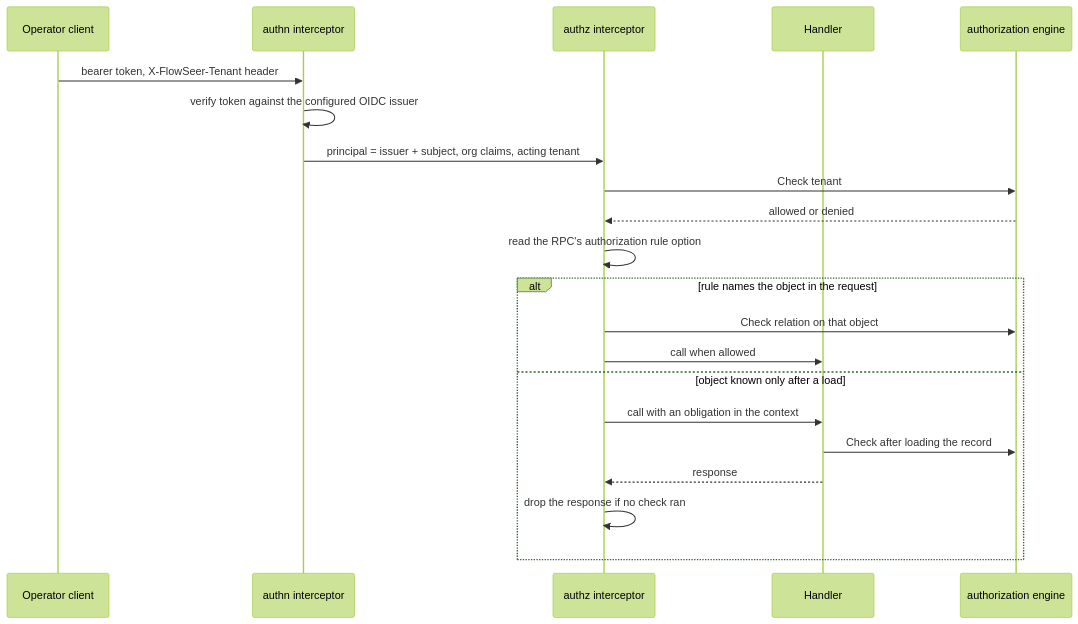
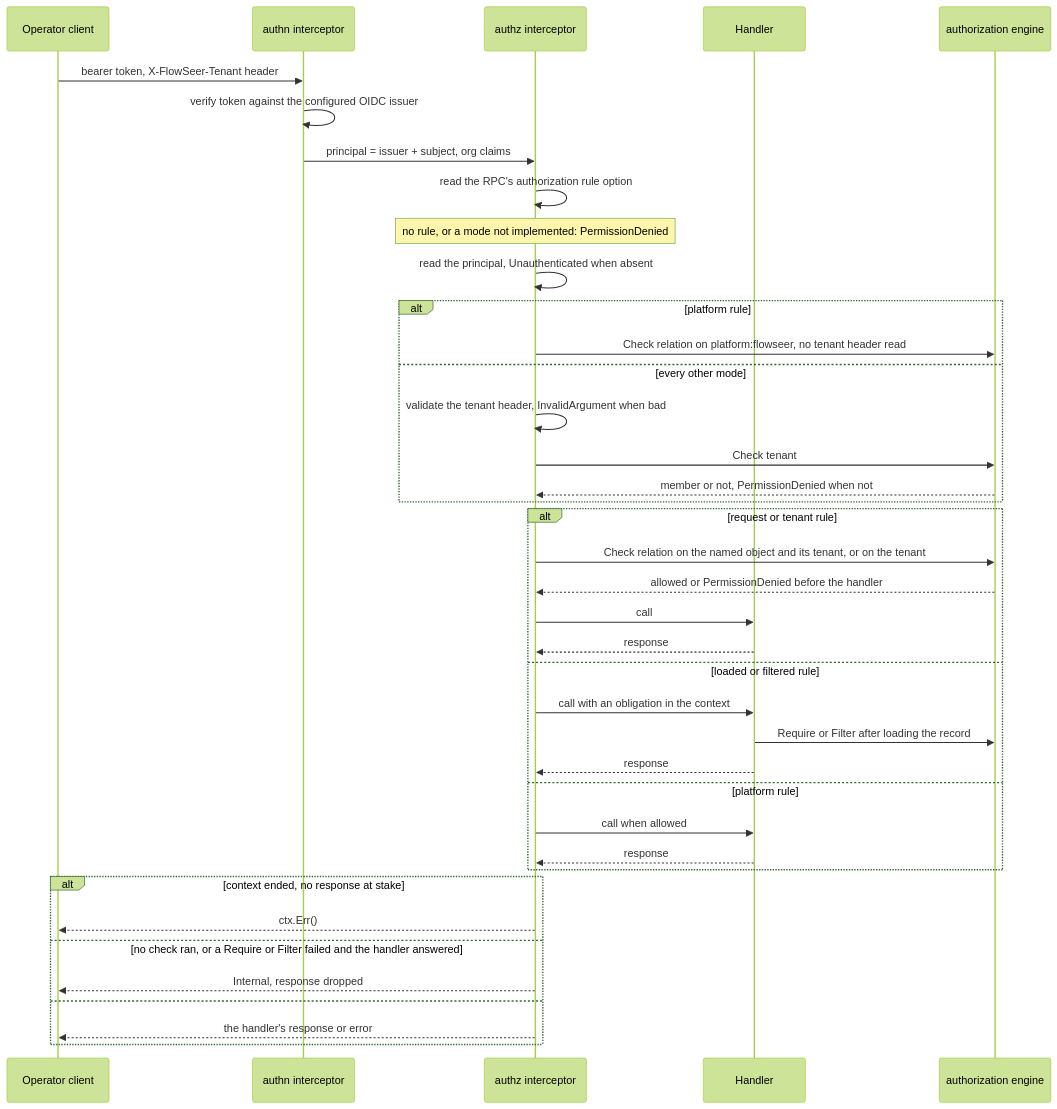
One commit to Aledantee/FlowSeer changed the diagram in docs/architecture/2026-09-30-operator-authorization-direction.md. Above: the diagram before and after it, drawn with Mermaid (forest theme). The commit also changed other lines of this file, not shown here.

First line of the commit message:
docs(architecture): align the authorization record with the interceptor order and drop rule

````diff
--- a/docs/architecture/2026-09-30-operator-authorization-direction.md
+++ b/docs/architecture/2026-09-30-operator-authorization-direction.md
@@ -32,23 +32,41 @@
 ```mermaid
 sequenceDiagram
     participant C as Operator client
     participant A as authn interceptor
     participant Z as authz interceptor
     participant H as Handler
     participant F as authorization engine
     C->>A: bearer token, X-FlowSeer-Tenant header
     A->>A: verify token against the configured OIDC issuer
-    A->>Z: principal = issuer + subject, org claims, acting tenant
-    Z->>F: Check tenant#member with token-derived claim context
-    F-->>Z: allowed or denied
+    A->>Z: principal = issuer + subject, org claims
     Z->>Z: read the RPC's authorization rule option
-    alt rule names the object in the request
-        Z->>F: Check relation on that object
+    Note over Z: no rule, or a mode not implemented: PermissionDenied
+    Z->>Z: read the principal, Unauthenticated when absent
+    alt platform rule
+        Z->>F: Check relation on platform:flowseer, no tenant header read
+    else every other mode
+        Z->>Z: validate the tenant header, InvalidArgument when bad
+        Z->>F: Check tenant#member with token-derived claim context
+        F-->>Z: member or not, PermissionDenied when not
+    end
+    alt request or tenant rule
+        Z->>F: Check relation on the named object and its tenant, or on the tenant
+        F-->>Z: allowed or PermissionDenied before the handler
+        Z->>H: call
+        H-->>Z: response
+    else loaded or filtered rule
+        Z->>H: call with an obligation in the context
+        H->>F: Require or Filter after loading the record
+        H-->>Z: response
+    else platform rule
         Z->>H: call when allowed
-    else object known only after a load
-        Z->>H: call with an obligation in the context
-        H->>F: Check after loading the record
         H-->>Z: response
-        Z->>Z: drop the response if no check ran
+    end
+    alt context ended, no response at stake
+        Z-->>C: ctx.Err()
+    else no check ran, or a Require or Filter failed and the handler answered
+        Z-->>C: Internal, response dropped
+    else
+        Z-->>C: the handler's response or error
     end
 ```
````
